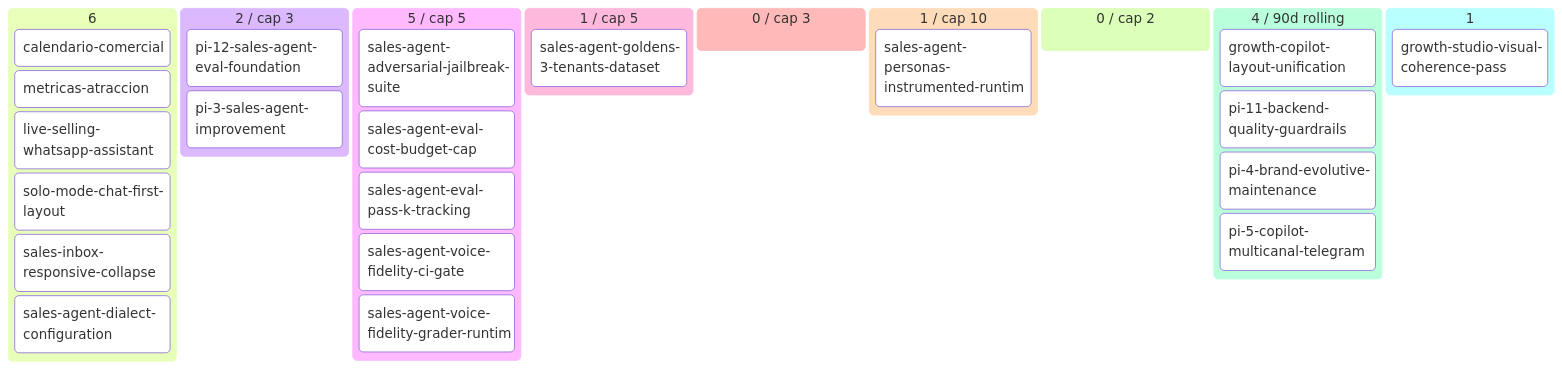
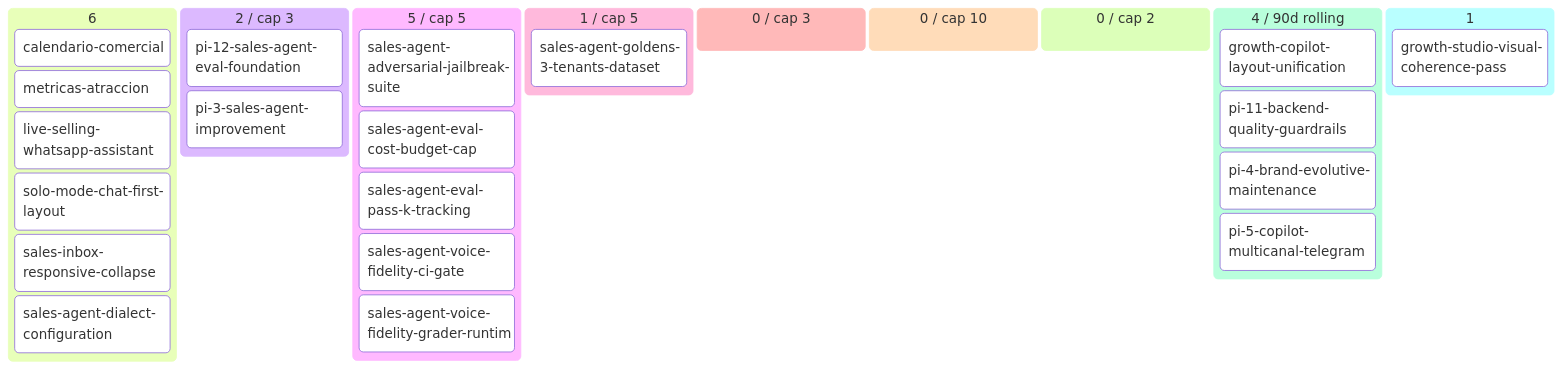
The diagram in docs/product/BACKLOG.md (alpacapurpura/ap_sales_agent), drawn with Mermaid before and after one commit. The commit also changed other lines of this file and 38 other files, not shown here.

First line of the commit message:
chore(merge): Story C personas-instrumented-runtime DONE — APPROVED + archived

````diff
--- a/docs/product/BACKLOG.md
+++ b/docs/product/BACKLOG.md
@@ -55,32 +55,31 @@
 ```mermaid
 kanban
   💡 Ideas (6)
     calendario-comercial[calendario-comercial]
     metricas-atraccion[metricas-atraccion]
     live-selling-whatsapp-assistan[live-selling-whatsapp-assistant]
     solo-mode-chat-first-layout[solo-mode-chat-first-layout]
     sales-inbox-responsive-collaps[sales-inbox-responsive-collapse]
     sales-agent-dialect-configurat[sales-agent-dialect-configuration]
   🔬 Refining (2 / cap 3)
     pi-12-sales-agent-eval-foundat[pi-12-sales-agent-eval-foundation]
     pi-3-sales-agent-improvement[pi-3-sales-agent-improvement]
   ✅ Refined (5 / cap 5)
     sales-agent-adversarial-jailbr[sales-agent-adversarial-jailbreak-suite]
     sales-agent-eval-cost-budget-c[sales-agent-eval-cost-budget-cap]
     sales-agent-eval-pass-k-tracki[sales-agent-eval-pass-k-tracking]
     sales-agent-voice-fidelity-ci-[sales-agent-voice-fidelity-ci-gate]
     sales-agent-voice-fidelity-gra[sales-agent-voice-fidelity-grader-runtim]
   📦 Ready (1 / cap 5)
     sales-agent-goldens-3-tenants-[sales-agent-goldens-3-tenants-dataset]
   🔨 Developing (0 / cap 3)
-  🧪 Developed (1 / cap 10)
-    sales-agent-personas-instrumen[sales-agent-personas-instrumented-runtim]
+  🧪 Developed (0 / cap 10)
   🔍 Reviewing (0 / cap 2)
   ✅ Done (4 / 90d rolling)
     growth-copilot-layout-unificat[growth-copilot-layout-unification]
     pi-11-backend-quality-guardrai[pi-11-backend-quality-guardrails]
     pi-4-brand-evolutive-maintenan[pi-4-brand-evolutive-maintenance]
     pi-5-copilot-multicanal-telegr[pi-5-copilot-multicanal-telegram]
   🅿 Parked (1)
     growth-studio-visual-coherence[growth-studio-visual-coherence-pass]
 ```
````
